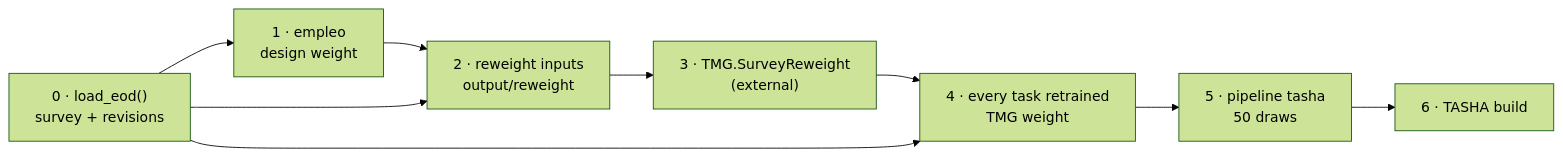
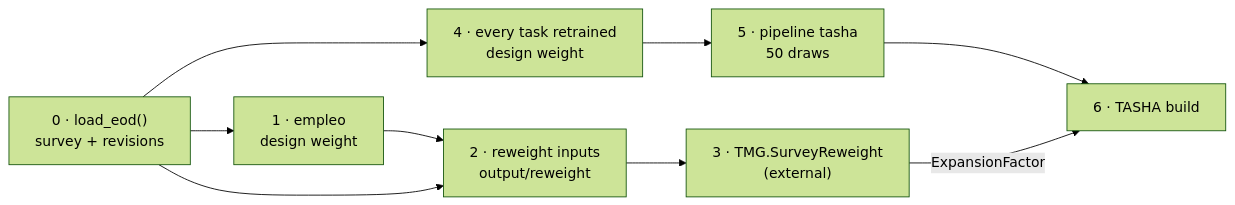
One commit to CentroFuturoCiudades/eodgdl changed the diagram in reports/pipeline.qmd. Above: the diagram before and after it, drawn with Mermaid (forest theme). The commit also changed other lines of this file and 24 other files, not shown here.

````diff
--- a/reports/pipeline.qmd
+++ b/reports/pipeline.qmd
@@ -64,11 +65,11 @@
 ```{mermaid}
 flowchart LR
   S0["0 · load_eod()<br/>survey + revisions"] --> S1["1 · empleo<br/>design weight"]
   S1 --> S2["2 · reweight inputs<br/>output/reweight"]
   S0 --> S2
   S2 --> S3["3 · TMG.SurveyReweight<br/>(external)"]
-  S3 --> S4["4 · every task retrained<br/>TMG weight"]
-  S0 --> S4
+  S0 --> S4["4 · every task retrained<br/>design weight"]
   S4 --> S5["5 · pipeline tasha<br/>50 draws"]
   S5 --> S6["6 · TASHA build"]
+  S3 -->|ExpansionFactor| S6
 ```
````
